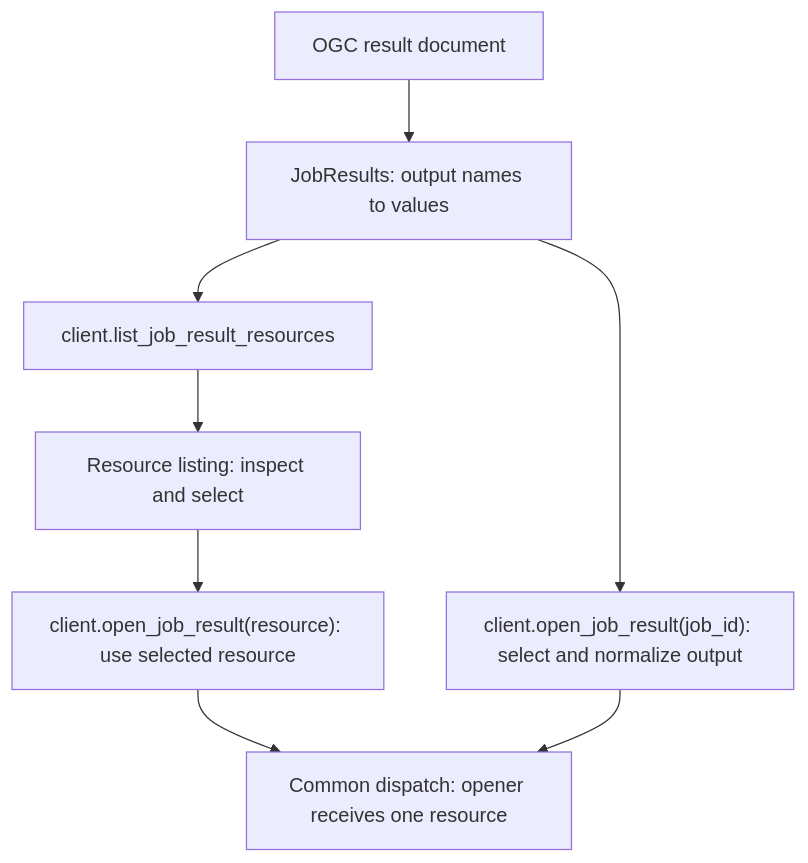
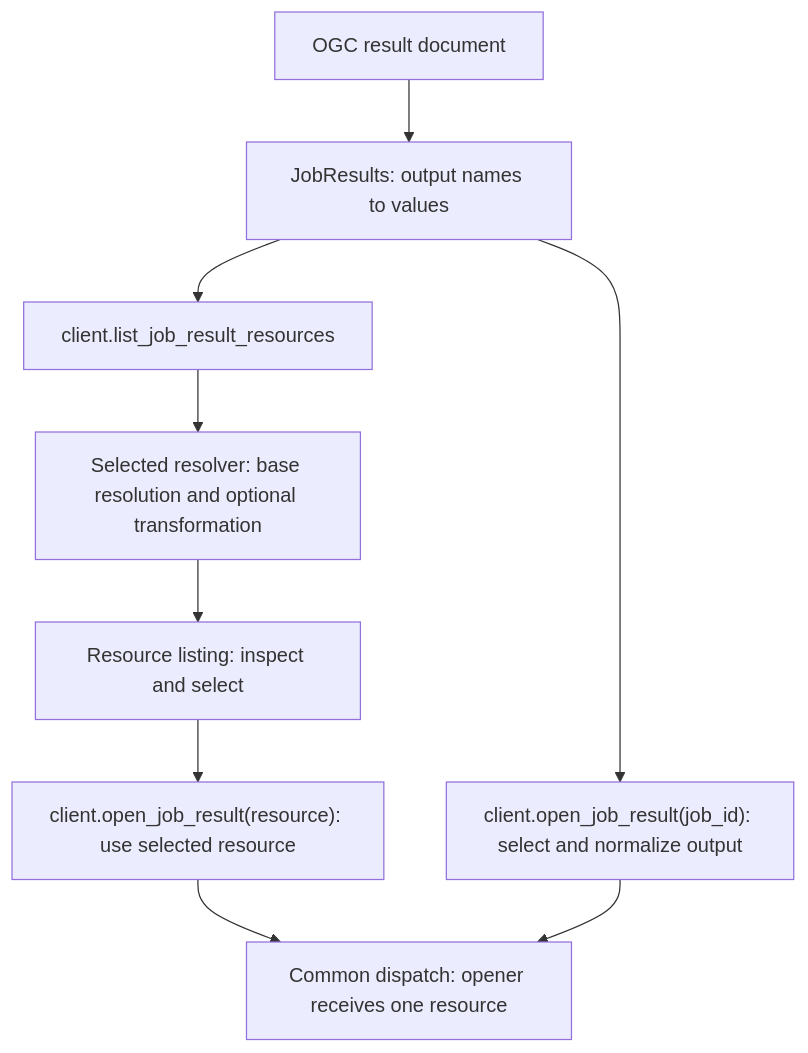
One commit to eo-tools/eozilla changed the diagram in docs/cuiman/job-result-resources.md. Above: the diagram before and after it, drawn with Mermaid. The commit also changed other lines of this file, not shown here.

Commit message:
Added resolver reuse mechanism for extension developers.

````diff
--- a/docs/cuiman/job-result-resources.md
+++ b/docs/cuiman/job-result-resources.md
@@ -277,10 +291,11 @@
 ```mermaid
 flowchart TD
     A["OGC result document"] --> B["JobResults: output names to values"]
     B --> C["client.list_job_result_resources"]
-    C --> D["Resource listing: inspect and select"]
+    C --> T["Selected resolver: base resolution and optional transformation"]
+    T --> D["Resource listing: inspect and select"]
     D --> E["client.open_job_result(resource): use selected resource"]
     B --> F["client.open_job_result(job_id): select and normalize output"]
     E --> G["Common dispatch: opener receives one resource"]
     F --> G
 ```
````
